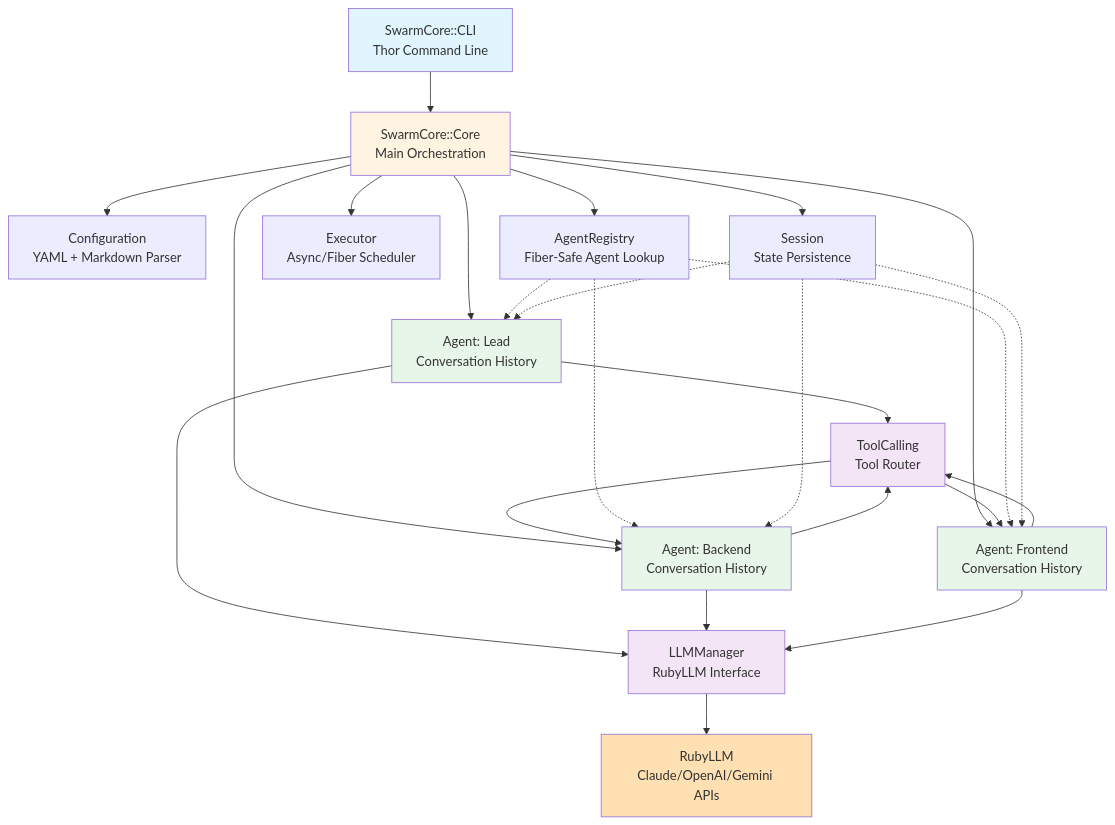
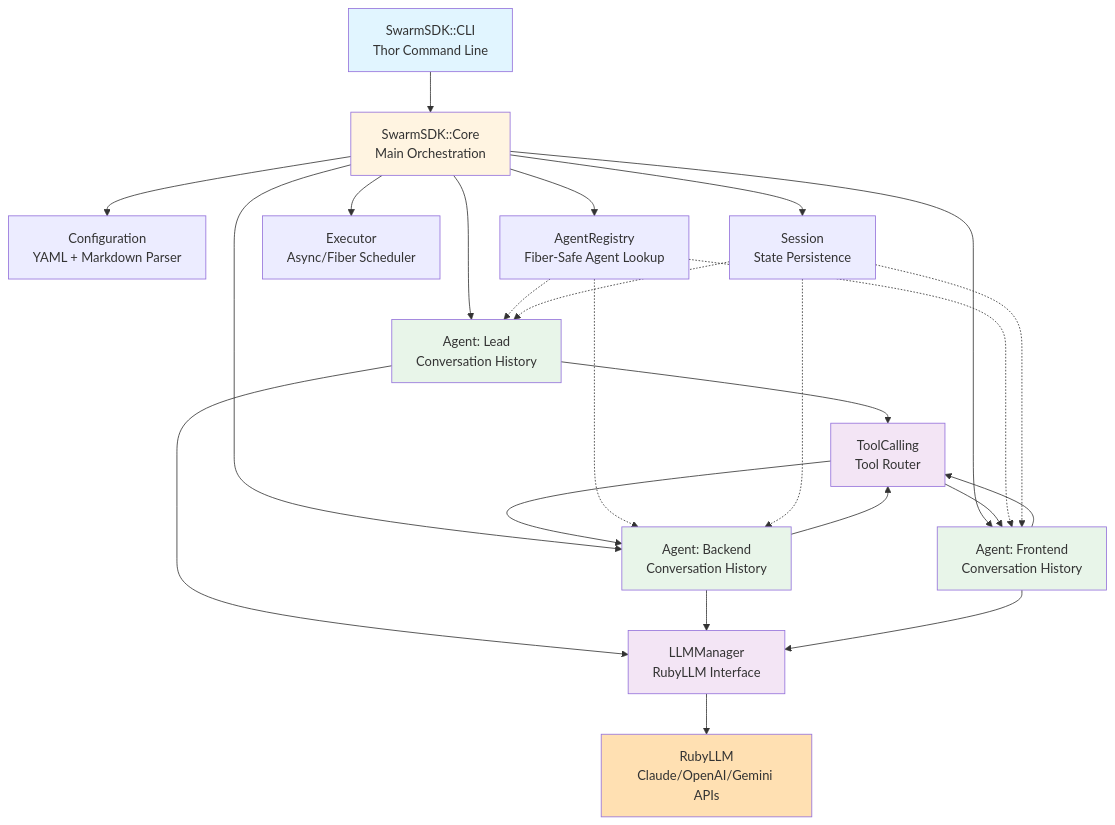
One commit to parruda/claude-swarm changed the first of 9 diagrams in docs/swarm_core_architecture.md. Above: the diagram before and after it, drawn with Mermaid. The commit also changed other lines of this file and 23 other files, not shown here.

Commit message:
Rename SwarmCore to SwarmSDK

````diff
--- a/docs/swarm_core_architecture.md
+++ b/docs/swarm_core_architecture.md
@@ -302,58 +302,58 @@
 ```mermaid
 graph TB
-    CLI[SwarmCore::CLI<br/>Thor Command Line]
-    Core[SwarmCore::Core<br/>Main Orchestration]
+    CLI[SwarmSDK::CLI<br/>Thor Command Line]
+    Core[SwarmSDK::Core<br/>Main Orchestration]
     Config[Configuration<br/>YAML + Markdown Parser]
     Registry[AgentRegistry<br/>Fiber-Safe Agent Lookup]
     Executor[Executor<br/>Async/Fiber Scheduler]
     Session[Session<br/>State Persistence]
 
     Agent1[Agent: Lead<br/>Conversation History]
     Agent2[Agent: Backend<br/>Conversation History]
     Agent3[Agent: Frontend<br/>Conversation History]
 
     LLM[LLMManager<br/>RubyLLM Interface]
     Tools[ToolCalling<br/>Tool Router]
 
     RubyLLM[RubyLLM<br/>Claude/OpenAI/Gemini APIs]
 
     CLI --> Core
     Core --> Config
     Core --> Registry
     Core --> Executor
     Core --> Session
 
     Core --> Agent1
     Core --> Agent2
     Core --> Agent3
 
     Agent1 --> LLM
     Agent2 --> LLM
     Agent3 --> LLM
 
     Agent1 --> Tools
     Agent2 --> Tools
     Agent3 --> Tools
 
     LLM --> RubyLLM
 
     Tools --> Agent2
     Tools --> Agent3
 
     Registry -.-> Agent1
     Registry -.-> Agent2
     Registry -.-> Agent3
 
     Session -.-> Agent1
     Session -.-> Agent2
     Session -.-> Agent3
 
     style CLI fill:#e1f5ff
     style Core fill:#fff4e1
     style Agent1 fill:#e8f5e9
     style Agent2 fill:#e8f5e9
     style Agent3 fill:#e8f5e9
     style LLM fill:#f3e5f5
     style Tools fill:#f3e5f5
     style RubyLLM fill:#ffe0b2
 ```
````
